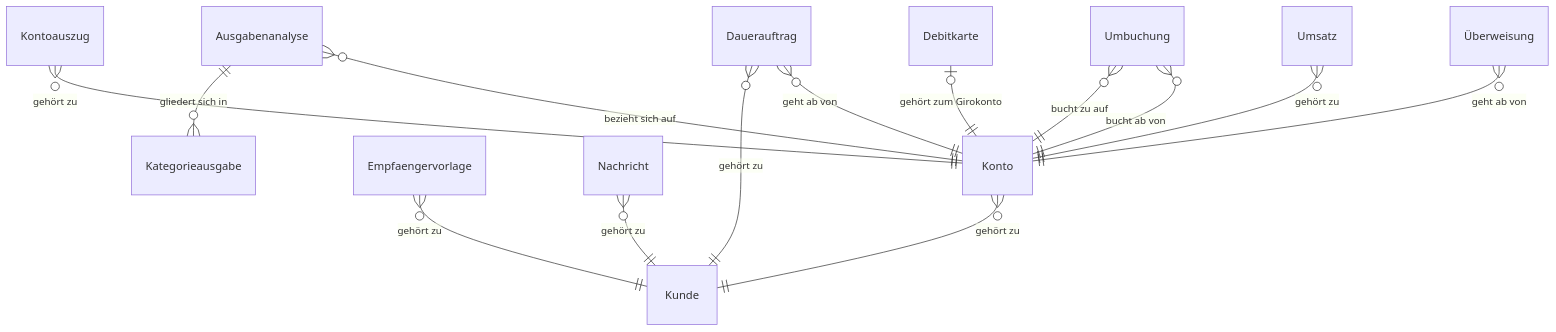
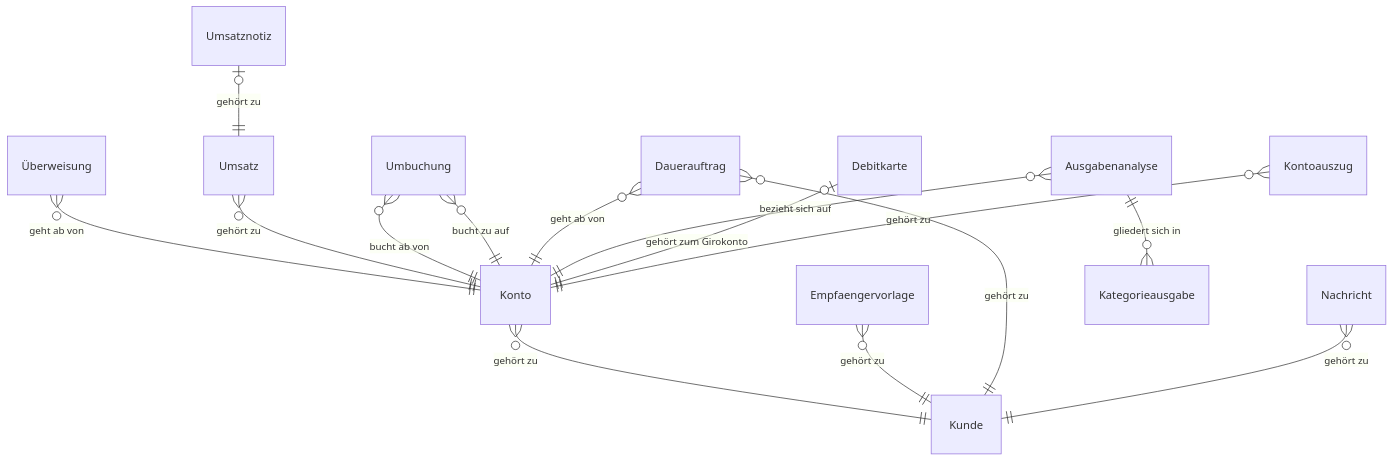
Before and after one commit to dakn85/online-banking: the diagram in docs/entity_model.md, drawn with Mermaid. The commit also changed other lines of this file and 6 other files, not shown here.

````diff
--- a/docs/entity_model.md
+++ b/docs/entity_model.md
@@ -5,16 +5,17 @@
 ```mermaid
 erDiagram
     Konto }o--|| Kunde : "gehört zu"
     "Überweisung" }o--|| Konto : "geht ab von"
     Umsatz }o--|| Konto : "gehört zu"
     Empfaengervorlage }o--|| Kunde : "gehört zu"
     Umbuchung }o--|| Konto : "bucht ab von"
     Umbuchung }o--|| Konto : "bucht zu auf"
     Dauerauftrag }o--|| Konto : "geht ab von"
     Dauerauftrag }o--|| Kunde : "gehört zu"
     Nachricht }o--|| Kunde : "gehört zu"
     Ausgabenanalyse }o--|| Konto : "bezieht sich auf"
     Ausgabenanalyse ||--o{ Kategorieausgabe : "gliedert sich in"
     Debitkarte |o--|| Konto : "gehört zum Girokonto"
     Kontoauszug }o--|| Konto : "gehört zu"
+    Umsatznotiz |o--|| Umsatz : "gehört zu"
 ```
````
